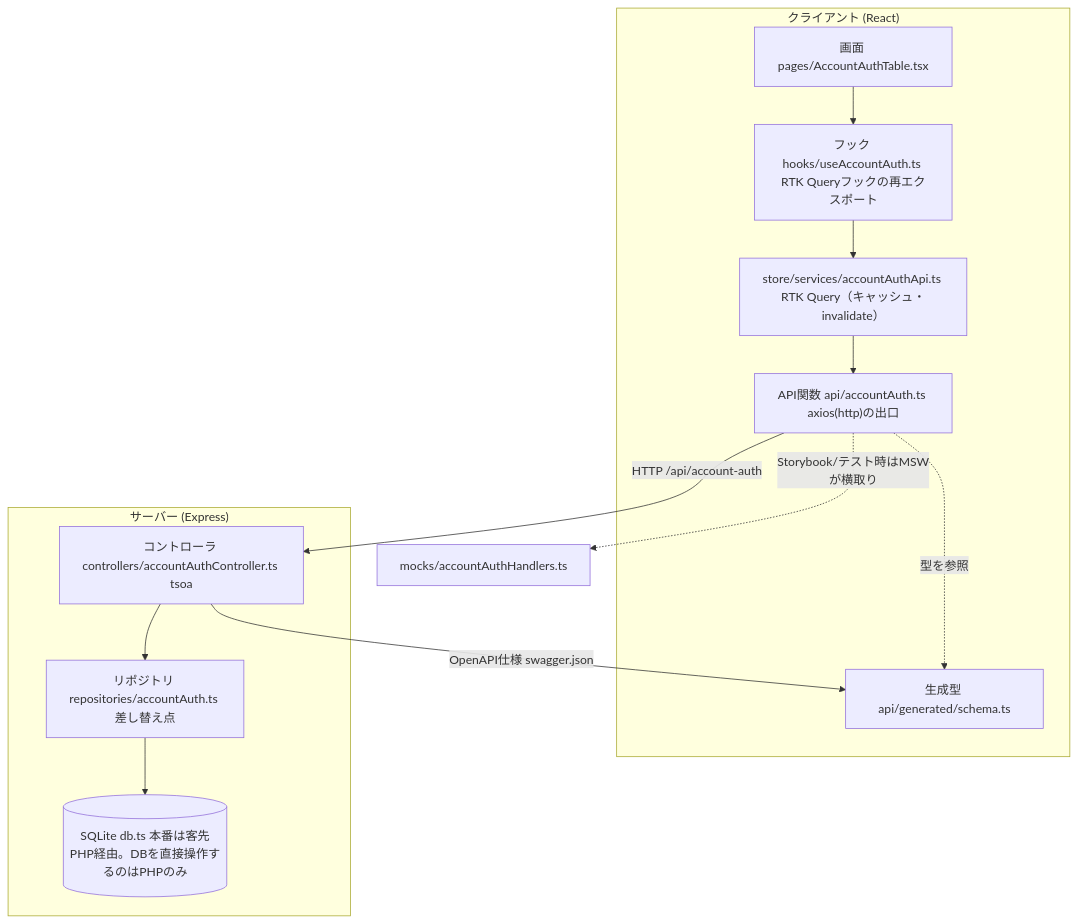
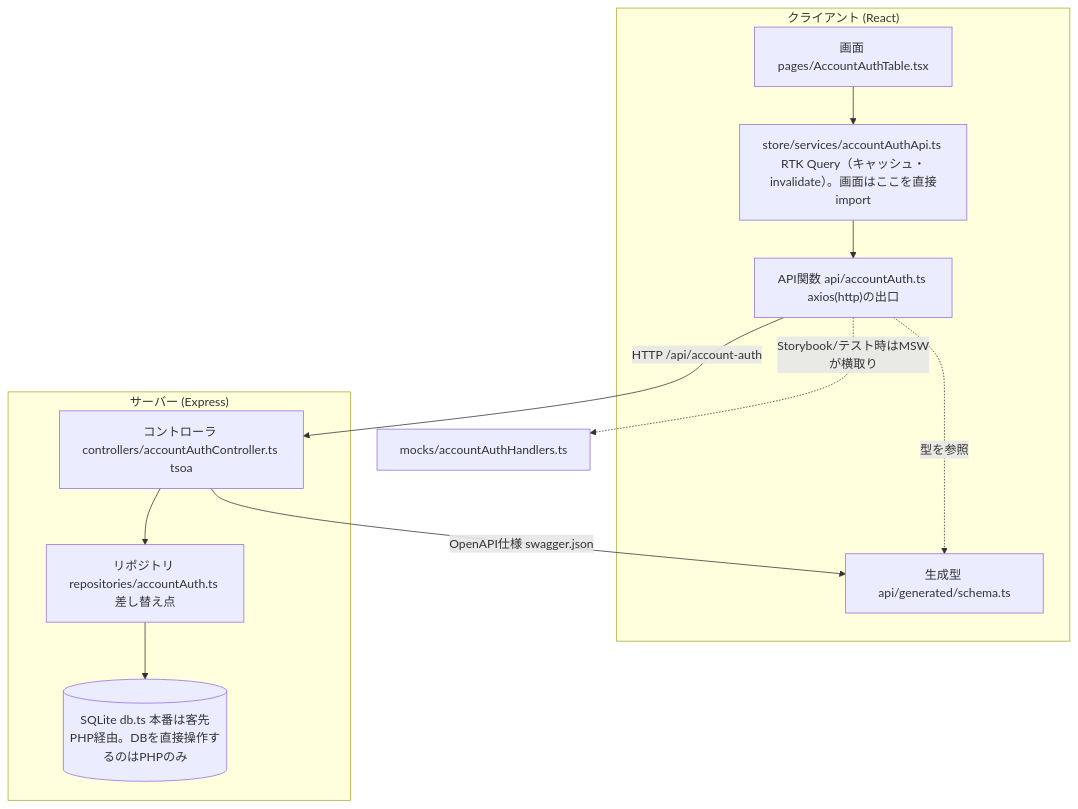
The first of 2 diagrams in docs/画面実装パターン.md (katsya1117/dmt), drawn with Mermaid before and after one commit. The commit also changed other lines of this file and 24 other files, not shown here.

````diff
--- a/docs/画面実装パターン.md
+++ b/docs/画面実装パターン.md
@@ -22,23 +22,22 @@
 ```mermaid
 flowchart TB
   subgraph client["クライアント (React)"]
     Page["画面 pages/AccountAuthTable.tsx"]
-    Hook["フック hooks/useAccountAuth.ts RTK Queryフックの再エクスポート"]
-    RtkApi["store/services/accountAuthApi.ts RTK Query（キャッシュ・invalidate）"]
+    RtkApi["store/services/accountAuthApi.ts RTK Query（キャッシュ・invalidate）。画面はここを直接import"]
     Api["API関数 api/accountAuth.ts axios(http)の出口"]
     Schema["生成型 api/generated/schema.ts"]
-    Page --> Hook --> RtkApi --> Api
+    Page --> RtkApi --> Api
     Api -. 型を参照 .-> Schema
   end
 
   subgraph server["サーバー (Express)"]
     Ctrl["コントローラ controllers/accountAuthController.ts tsoa"]
     Repo["リポジトリ repositories/accountAuth.ts 差し替え点"]
     DB[("SQLite db.ts 本番は客先PHP経由。DBを直接操作するのはPHPのみ")]
     Ctrl --> Repo --> DB
   end
 
   Api -->|"HTTP /api/account-auth"| Ctrl
   Ctrl -->|"OpenAPI仕様 swagger.json"| Schema
   Api -. "Storybook/テスト時はMSWが横取り" .-> MSW["mocks/accountAuthHandlers.ts"]
 ```
````
